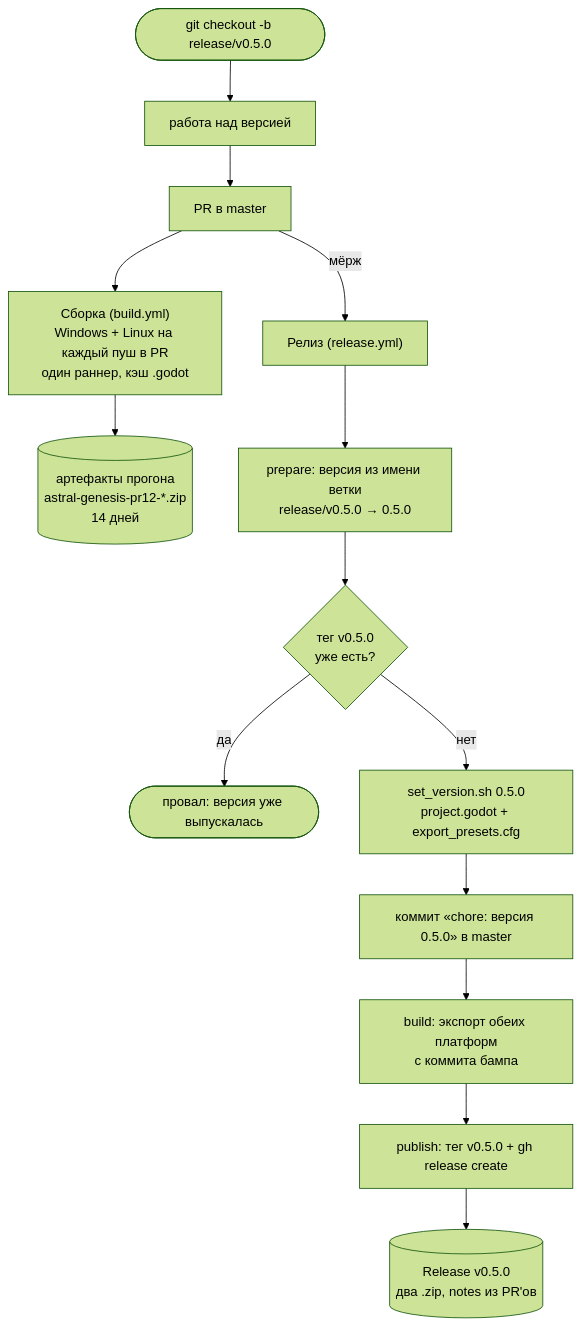
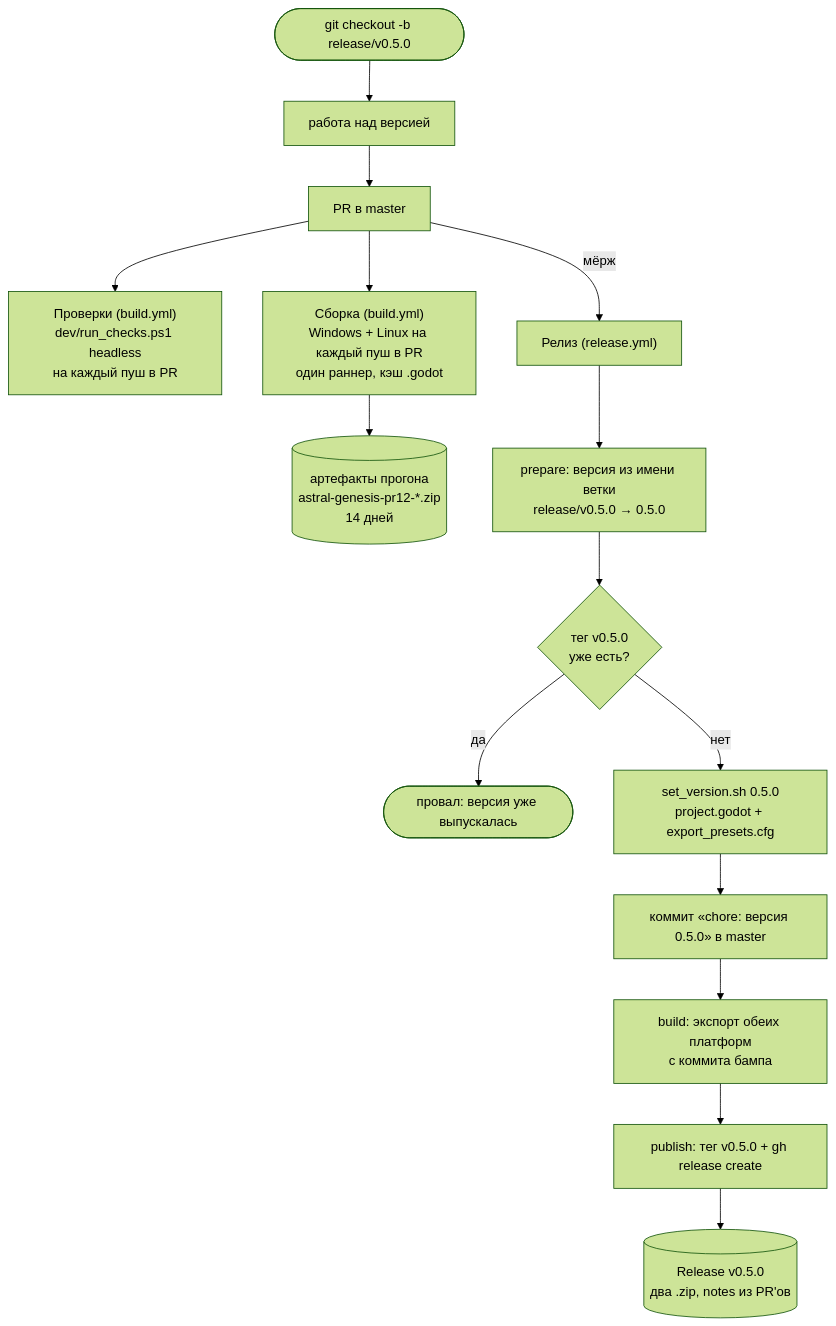
The diagram in docs/astral-genesis/how-to/Релизы и сборка.md (Manshooo/astral-genesis), drawn with Mermaid (forest theme) before and after one commit. The commit also changed other lines of this file and 8 other files, not shown here.

````diff
--- a/docs/astral-genesis/how-to/Релизы и сборка.md
+++ b/docs/astral-genesis/how-to/Релизы и сборка.md
@@ -13,20 +13,21 @@
 ```mermaid
 flowchart TD
     branch(["git checkout -b release/v0.5.0"]) --> work["работа над версией"]
     work --> pr["PR в master"]
 
+    pr --> checks["Проверки (build.yml)<br/>dev/run_checks.ps1 headless<br/>на каждый пуш в PR"]
     pr --> build["Сборка (build.yml)<br/>Windows + Linux на каждый пуш в PR<br/>один раннер, кэш .godot"]
     build --> artifacts[("артефакты прогона<br/>astral-genesis-pr12-*.zip<br/>14 дней")]
 
     pr -->|"мёрж"| release["Релиз (release.yml)"]
 
     release --> prepare["prepare: версия из имени ветки<br/>release/v0.5.0 → 0.5.0"]
     prepare --> guard{"тег v0.5.0<br/>уже есть?"}
     guard -->|"да"| fail(["провал: версия уже выпускалась"])
     guard -->|"нет"| bump["set_version.sh 0.5.0<br/>project.godot + export_presets.cfg"]
     bump --> commit["коммит «chore: версия 0.5.0» в master"]
 
     commit --> jobs["build: экспорт обеих платформ<br/>с коммита бампа"]
     jobs --> publish["publish: тег v0.5.0 + gh release create"]
     publish --> rel[("Release v0.5.0<br/>два .zip, notes из PR'ов")]
 ```
````
